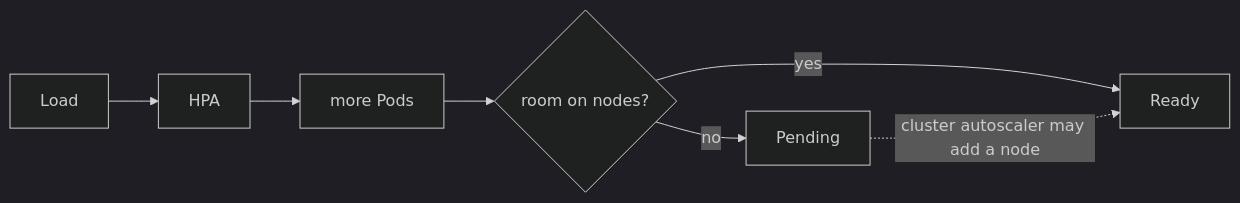
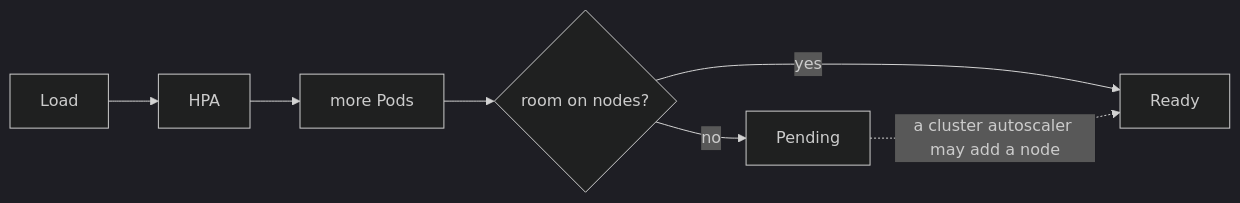
One commit to darshan-raul/apollo11-docs changed the second of 2 diagrams in docs/learn/scaling/vpa-and-capacity.md. Above: the diagram before and after it, drawn with Mermaid (dark theme). The commit also changed other lines of this file and 55 other files, not shown here.

````diff
--- a/docs/learn/scaling/vpa-and-capacity.md
+++ b/docs/learn/scaling/vpa-and-capacity.md
@@ -46,7 +59,7 @@
 ```mermaid
 flowchart LR
   Load --> HPA --> Deploy[more Pods] --> Pend{room on nodes?}
   Pend -->|no| P[Pending]
   Pend -->|yes| Ready
-  P -.->|cluster autoscaler may add a node| Ready
+  P -.->|a cluster autoscaler may add a node| Ready
 ```
````
